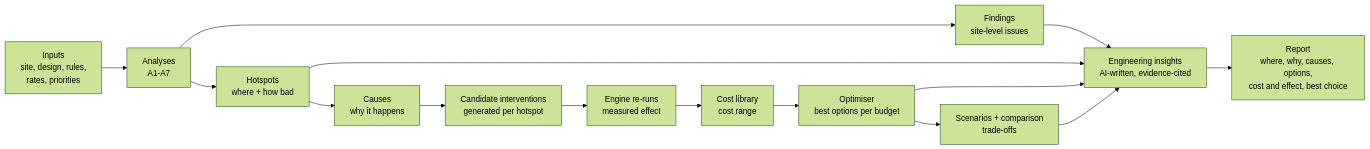
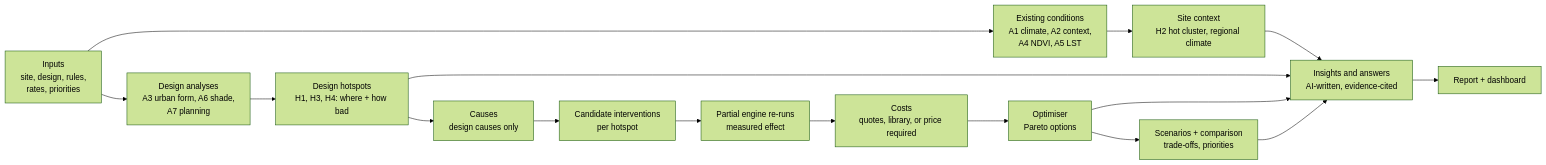
The diagram in docs/PHASE2_SPEC.md (9amole/Urbanova-nasa), drawn with Mermaid (forest theme) before and after one commit. The commit also changed other lines of this file and 2 other files, not shown here.

````diff
--- a/docs/PHASE2_SPEC.md
+++ b/docs/PHASE2_SPEC.md
@@ -53,14 +78,15 @@
 ```mermaid
 flowchart LR
-  I[Inputs<br/>site, design, rules,<br/>rates, priorities] --> A[Analyses<br/>A1-A7]
-  A --> H[Hotspots<br/>where + how bad]
-  H --> C[Causes<br/>why it happens]
-  A --> F[Findings<br/>site-level issues]
-  C --> R[Candidate interventions<br/>generated per hotspot]
-  R --> E[Engine re-runs<br/>measured effect]
-  E --> K[Cost library<br/>cost range]
-  K --> O[Optimiser<br/>best options per budget]
-  O --> S[Scenarios + comparison<br/>trade-offs]
-  F & H & O & S --> N[Engineering insights<br/>AI-written, evidence-cited]
-  N --> P[Report<br/>where, why, causes, options,<br/>cost and effect, best choice]
+  I[Inputs<br/>site, design, rules,<br/>rates, priorities] --> X[Existing conditions<br/>A1 climate, A2 context,<br/>A4 NDVI, A5 LST]
+  I --> D[Design analyses<br/>A3 urban form, A6 shade,<br/>A7 planning]
+  D --> H[Design hotspots<br/>H1, H3, H4: where + how bad]
+  X --> SC[Site context<br/>H2 hot cluster, regional climate]
+  H --> C[Causes<br/>design causes only]
+  C --> R[Candidate interventions<br/>per hotspot]
+  R --> E[Partial engine re-runs<br/>measured effect]
+  E --> K[Costs<br/>quotes, library, or price required]
+  K --> O[Optimiser<br/>Pareto options]
+  O --> S[Scenarios + comparison<br/>trade-offs, priorities]
+  SC & H & O & S --> N[Insights and answers<br/>AI-written, evidence-cited]
+  N --> P[Report + dashboard]
 ```
````
